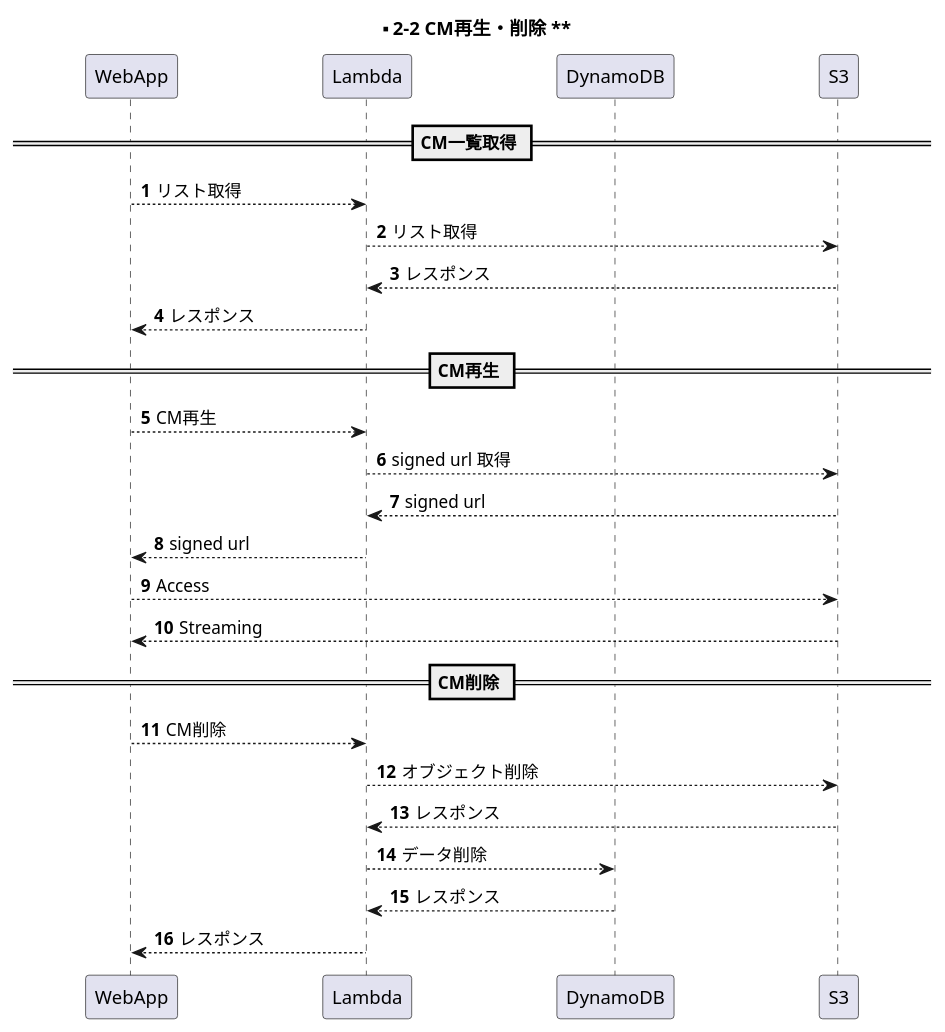
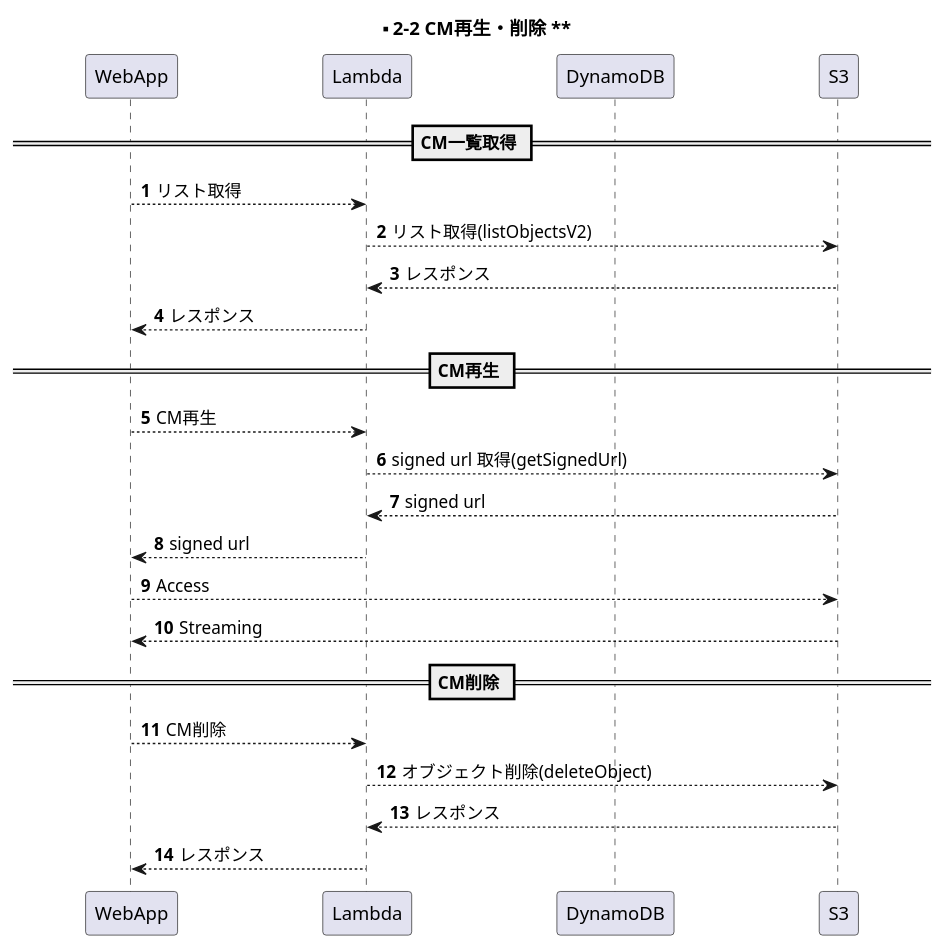
The diagram in documents/uml/s2-2.wsd (y-watanabe-usen/umesse-test), drawn with PlantUML before and after one commit. The commit also changed 13 other files, not shown here.

```diff
--- a/documents/uml/s2-2.wsd
+++ b/documents/uml/s2-2.wsd
@@ -1,34 +1,32 @@
 @startuml s2-2
 
 participant WebApp order 1
 participant Lambda order 2
 participant DynamoDB order 3
 participant S3 order 4
 skinparam ParticipantPadding 50
 autonumber
 
 title ** 2-2 CM再生・削除 **
 
 == CM一覧取得 ==
 WebApp --> Lambda: リスト取得
-Lambda --> S3: リスト取得
+Lambda --> S3: リスト取得(listObjectsV2)
 Lambda <-- S3: レスポンス
 WebApp <-- Lambda: レスポンス
 
 == CM再生 ==
 WebApp --> Lambda: CM再生
-Lambda --> S3: signed url 取得
+Lambda --> S3: signed url 取得(getSignedUrl)
 Lambda <-- S3: signed url
 WebApp <-- Lambda: signed url
 WebApp --> S3: Access
 WebApp <-- S3: Streaming
 
 == CM削除 ==
 WebApp --> Lambda: CM削除
-Lambda --> S3: オブジェクト削除
+Lambda --> S3: オブジェクト削除(deleteObject)
 Lambda <-- S3: レスポンス
-Lambda --> DynamoDB: データ削除
-Lambda <-- DynamoDB: レスポンス
 WebApp <-- Lambda: レスポンス
 
 @enduml
```
